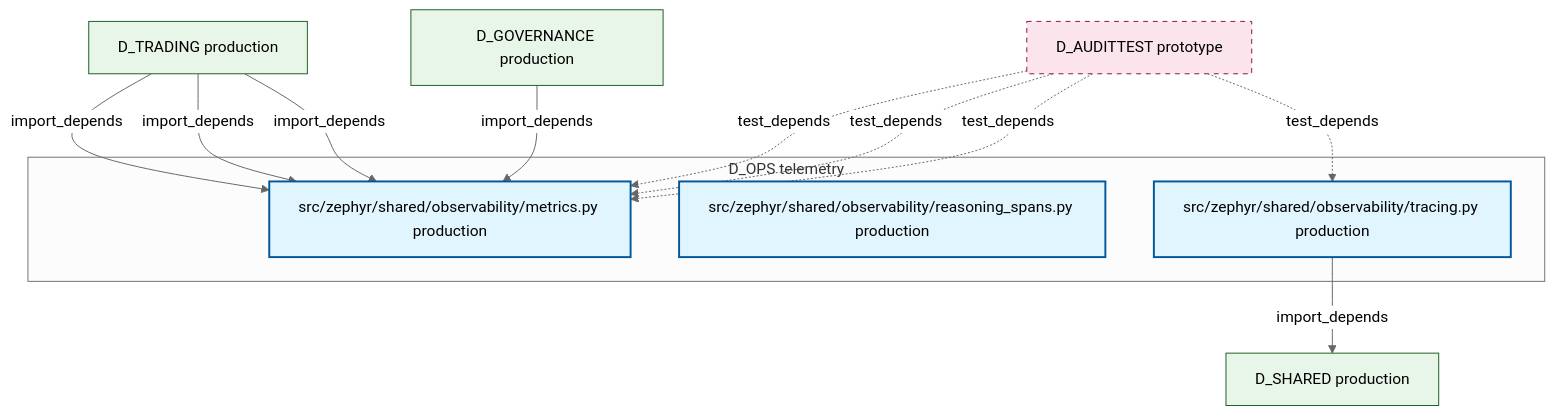
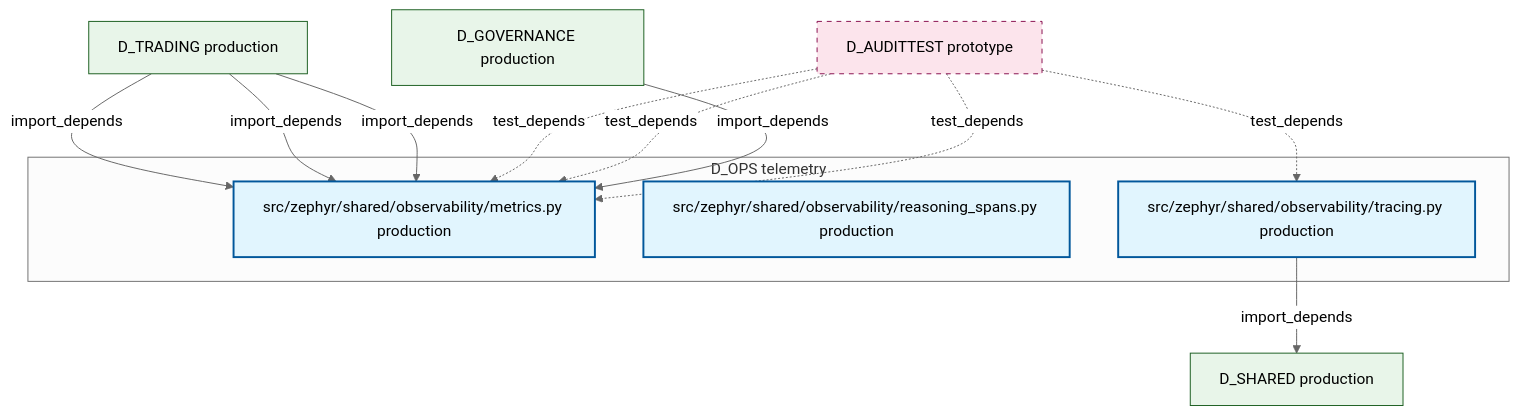
Before and after one commit to xuanFelixVan/ZephyrAlpha: the diagram in docs/02_enterprise_architecture/02_domain_architecture_docs/15_d_ops.md, drawn with Mermaid (neutral theme). The commit also changed other lines of this file and 99 other files, not shown here.

````diff
--- a/docs/02_enterprise_architecture/02_domain_architecture_docs/15_d_ops.md
+++ b/docs/02_enterprise_architecture/02_domain_architecture_docs/15_d_ops.md
@@ -47,28 +47,28 @@
 ```mermaid
 graph TD
     subgraph D_OPS["D_OPS telemetry"]
         src_zephyr_shared_observability_metrics_py["src/zephyr/shared/observability/metrics.py production"]
         src_zephyr_shared_observability_reasoning_spans_py["src/zephyr/shared/observability/reasoning_spans.py production"]
         src_zephyr_shared_observability_tracing_py["src/zephyr/shared/observability/tracing.py production"]
     end
     D_SHARED["D_SHARED production"]
     src_zephyr_shared_observability_tracing_py -->|import_depends| D_SHARED
     D_AUDITTEST["D_AUDITTEST prototype"]
-    D_AUDITTEST -.->|test_depends| src_zephyr_shared_observability_tracing_py
     D_AUDITTEST -.->|test_depends| src_zephyr_shared_observability_metrics_py
     D_GOVERNANCE["D_GOVERNANCE production"]
     D_GOVERNANCE -->|import_depends| src_zephyr_shared_observability_metrics_py
     D_AUDITTEST -.->|test_depends| src_zephyr_shared_observability_metrics_py
     D_AUDITTEST -.->|test_depends| src_zephyr_shared_observability_metrics_py
     D_TRADING["D_TRADING production"]
     D_TRADING -->|import_depends| src_zephyr_shared_observability_metrics_py
     D_TRADING -->|import_depends| src_zephyr_shared_observability_metrics_py
     D_TRADING -->|import_depends| src_zephyr_shared_observability_metrics_py
+    D_AUDITTEST -.->|test_depends| src_zephyr_shared_observability_tracing_py
     classDef production fill:#e1f5fe,stroke:#01579b,stroke-width:2px,color:#000
     classDef design fill:#fff3e0,stroke:#e65100,stroke-width:2px,color:#000,stroke-dasharray: 5 5
     classDef external_prod fill:#e8f5e9,stroke:#1b5e20,stroke-width:1px,color:#000
     classDef external_design fill:#fce4ec,stroke:#880e4f,stroke-width:1px,color:#000,stroke-dasharray: 5 5
     class src_zephyr_shared_observability_metrics_py,src_zephyr_shared_observability_reasoning_spans_py,src_zephyr_shared_observability_tracing_py production
     class D_SHARED,D_GOVERNANCE,D_TRADING external_prod
     class D_AUDITTEST external_design
 ```
````
